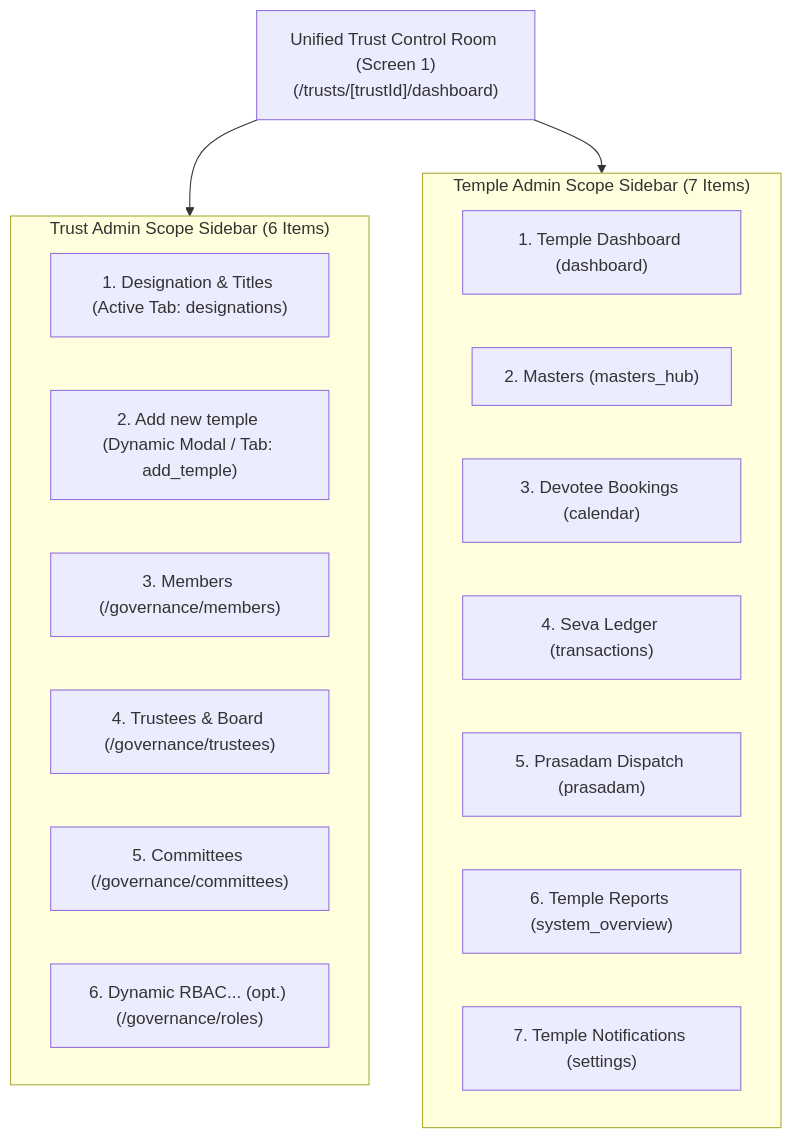
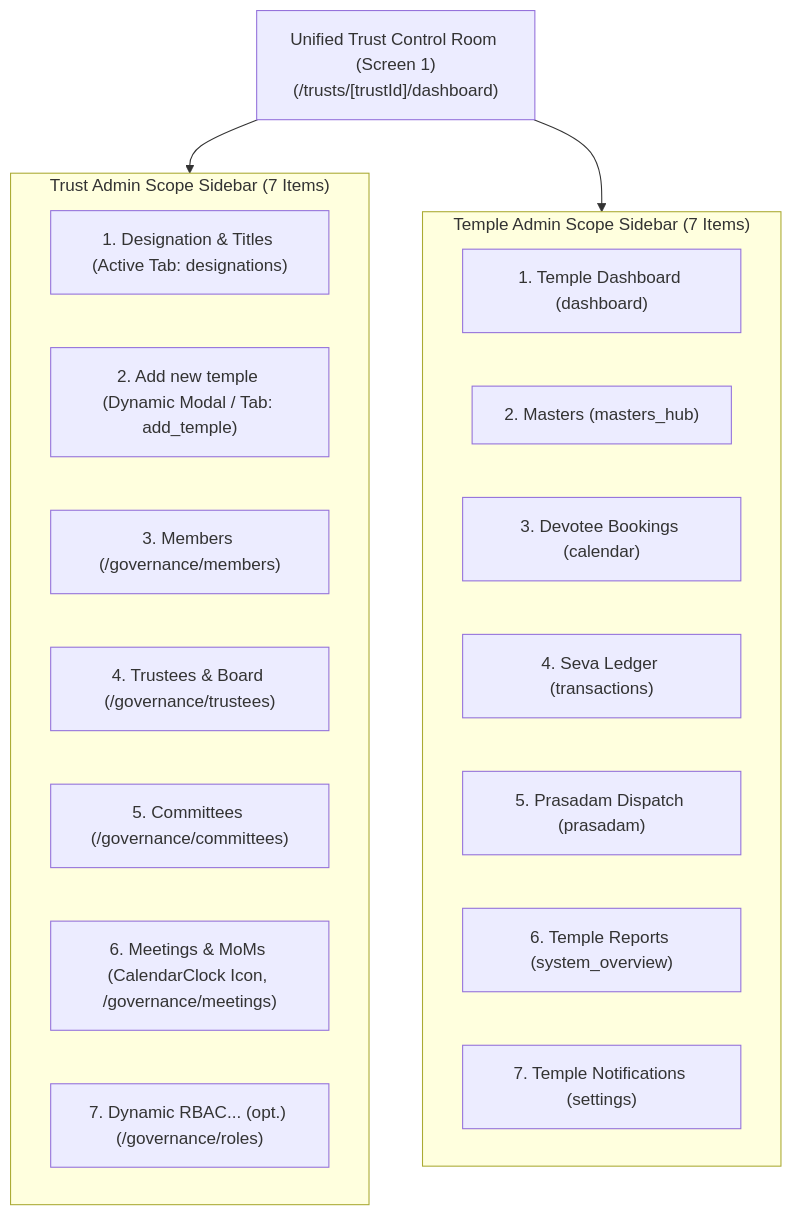
One commit to prahasanp07/sankalpavani-admin-v1 changed the first of 4 diagrams in PROJECT_IMPLEMENTATION_ANALYSIS_REPORT.md. Above: the diagram before and after it, drawn with Mermaid. The commit also changed other lines of this file and 12 other files, not shown here.

````diff
--- a/PROJECT_IMPLEMENTATION_ANALYSIS_REPORT.md
+++ b/PROJECT_IMPLEMENTATION_ANALYSIS_REPORT.md
@@ -271,25 +282,26 @@
 ```mermaid
 graph TD
-    subgraph TrustAdminScope["Trust Admin Scope Sidebar (6 Items)"]
+    subgraph TrustAdminScope["Trust Admin Scope Sidebar (7 Items)"]
         T1["1. Designation & Titles (Active Tab: designations)"]
         T2["2. Add new temple (Dynamic Modal / Tab: add_temple)"]
         T3["3. Members (/governance/members)"]
         T4["4. Trustees & Board (/governance/trustees)"]
         T5["5. Committees (/governance/committees)"]
-        T6["6. Dynamic RBAC... (opt.) (/governance/roles)"]
+        T6["6. Meetings & MoMs (CalendarClock Icon, /governance/meetings)"]
+        T7["7. Dynamic RBAC... (opt.) (/governance/roles)"]
     end
 
     subgraph TempleAdminScope["Temple Admin Scope Sidebar (7 Items)"]
         M1["1. Temple Dashboard (dashboard)"]
         M2["2. Masters (masters_hub)"]
         M3["3. Devotee Bookings (calendar)"]
         M4["4. Seva Ledger (transactions)"]
         M5["5. Prasadam Dispatch (prasadam)"]
         M6["6. Temple Reports (system_overview)"]
         M7["7. Temple Notifications (settings)"]
     end
 
     Dashboard["Unified Trust Control Room (Screen 1)\n(/trusts/[trustId]/dashboard)"]
     Dashboard --> TrustAdminScope
     Dashboard --> TempleAdminScope
 ```
````
